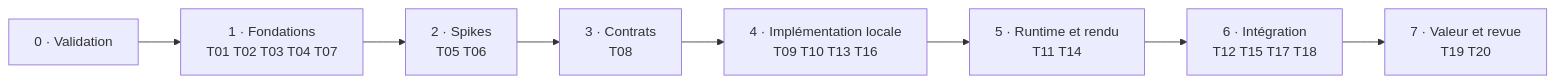
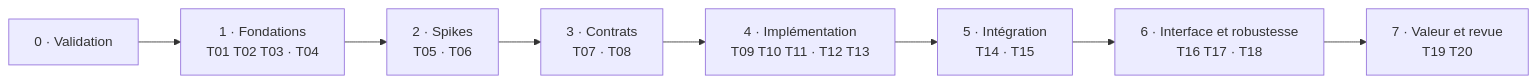
The diagram in docs/orchestration.md (francoisduperier167-jpg/GODOT_DEV_MAPPER), drawn with Mermaid before and after one commit. The commit also changed other lines of this file and 3 other files, not shown here.

````diff
--- a/docs/orchestration.md
+++ b/docs/orchestration.md
@@ -22,10 +39,10 @@
 ```mermaid
 flowchart LR
-  E0["0 · Validation"] --> E1["1 · Fondations<br/>T01 T02 T03 T04 T07"]
-  E1 --> E2["2 · Spikes<br/>T05 T06"]
-  E2 --> E3["3 · Contrats<br/>T08"]
-  E3 --> E4["4 · Implémentation locale<br/>T09 T10 T13 T16"]
-  E4 --> E5["5 · Runtime et rendu<br/>T11 T14"]
-  E5 --> E6["6 · Intégration<br/>T12 T15 T17 T18"]
+  E0["0 · Validation"] --> E1["1 · Fondations<br/>T01 T02 T03 · T04"]
+  E1 --> E2["2 · Spikes<br/>T05 · T06"]
+  E2 --> E3["3 · Contrats<br/>T07 · T08"]
+  E3 --> E4["4 · Implémentation<br/>T09 T10 T11 · T12 T13"]
+  E4 --> E5["5 · Intégration<br/>T14 · T15"]
+  E5 --> E6["6 · Interface et robustesse<br/>T16 T17 · T18"]
   E6 --> E7["7 · Valeur et revue<br/>T19 T20"]
 ```
````
